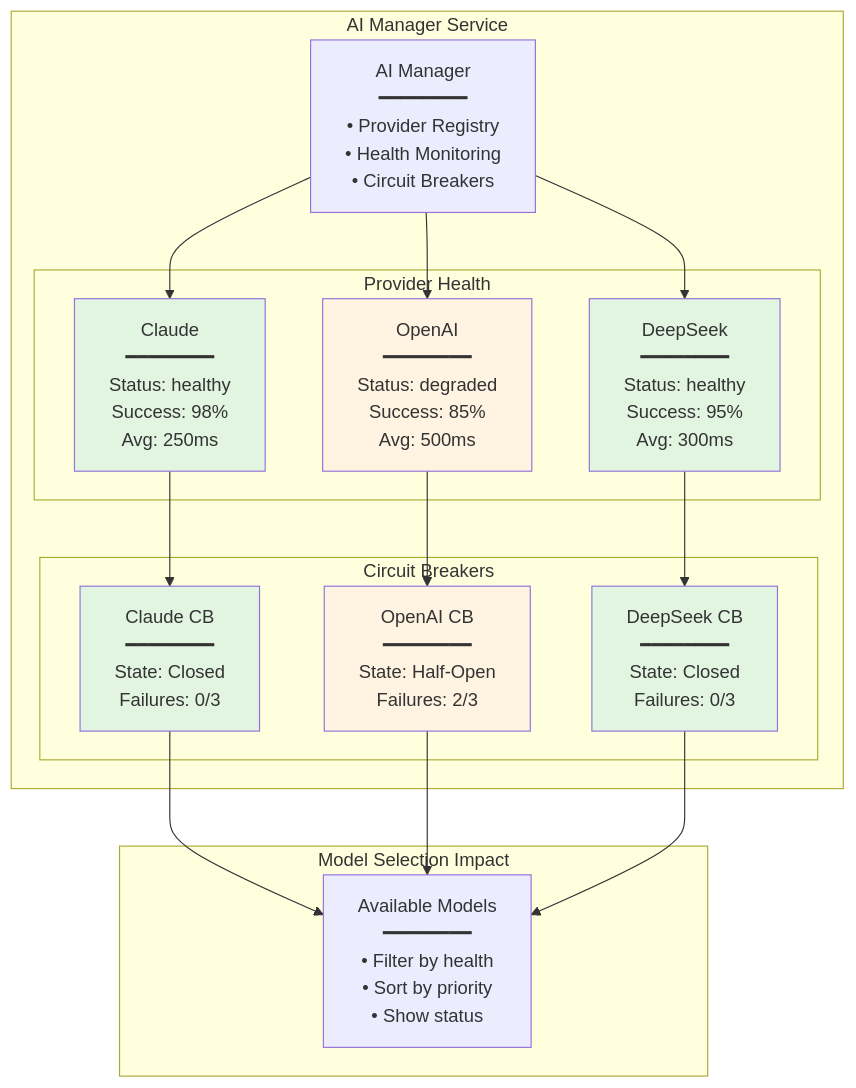
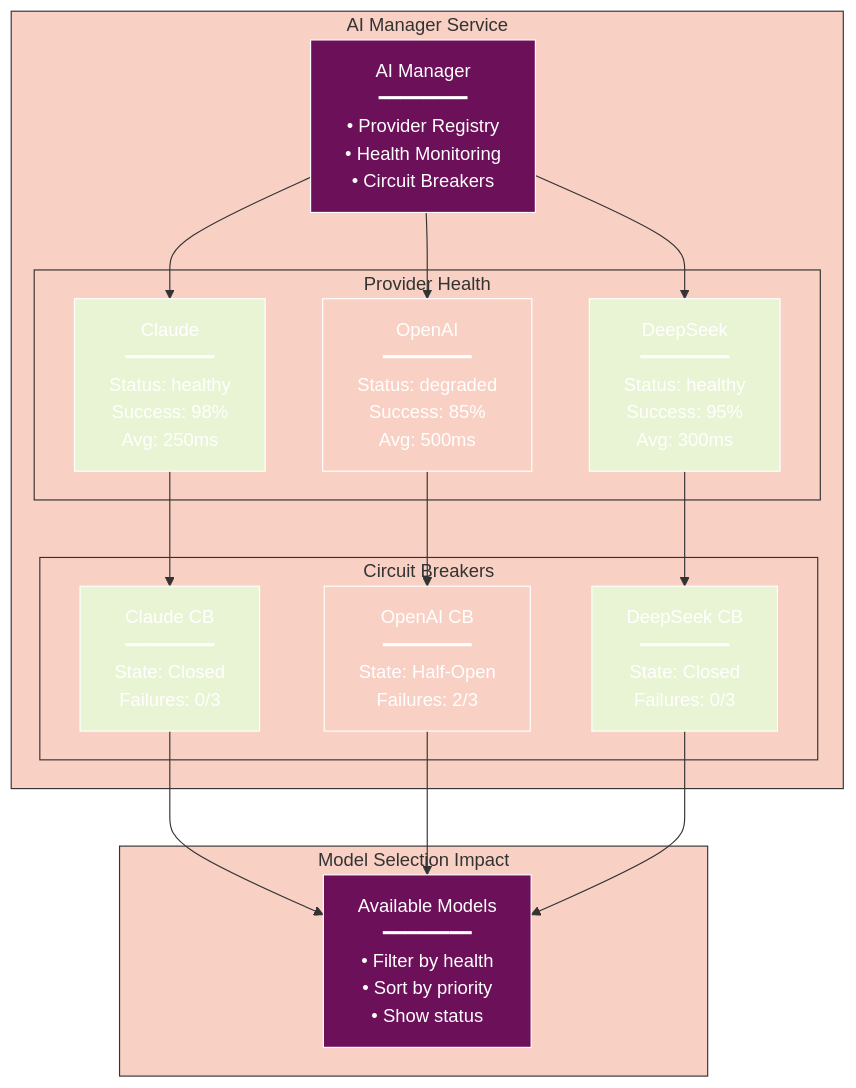
The sixth of 10 diagrams in docs/components/AI_MODEL_SELECTOR.md (radicalkjax/Athena), drawn with Mermaid before and after one commit. The commit also changed other lines of this file and 27 other files, not shown here.

Commit message:
Introduction of expo package manager. Updated docs to reflect changes. Unified mermaid theme for docs.

````diff
--- a/docs/components/AI_MODEL_SELECTOR.md
+++ b/docs/components/AI_MODEL_SELECTOR.md
@@ -242,39 +347,60 @@
 ```mermaid
+%%{init: {
+  'theme': 'base',
+  'themeVariables': {
+    'primaryColor': '#6d105a',
+    'primaryTextColor': '#ffffff',
+    'primaryBorderColor': '#ffffff',
+    'lineColor': '#333333',
+    'secondaryColor': '#e8f4d4',
+    'secondaryTextColor': '#333333',
+    'secondaryBorderColor': '#333333',
+    'tertiaryColor': '#f9d0c4',
+    'tertiaryTextColor': '#333333',
+    'tertiaryBorderColor': '#333333',
+    'background': '#ffffff',
+    'mainBkg': '#6d105a',
+    'secondBkg': '#e8f4d4',
+    'tertiaryBkg': '#f9d0c4',
+    'textColor': '#333333',
+    'fontFamily': 'Arial, sans-serif'
+  }
+}}%%
 graph TB
     subgraph "AI Manager Service"
         A[AI Manager<br/>━━━━━━━━<br/>• Provider Registry<br/>• Health Monitoring<br/>• Circuit Breakers]
         
         subgraph "Provider Health"
             B[Claude<br/>━━━━━━━━<br/>Status: healthy<br/>Success: 98%<br/>Avg: 250ms]
             C[OpenAI<br/>━━━━━━━━<br/>Status: degraded<br/>Success: 85%<br/>Avg: 500ms]
             D[DeepSeek<br/>━━━━━━━━<br/>Status: healthy<br/>Success: 95%<br/>Avg: 300ms]
         end
         
         subgraph "Circuit Breakers"
             E[Claude CB<br/>━━━━━━━━<br/>State: Closed<br/>Failures: 0/3]
             F[OpenAI CB<br/>━━━━━━━━<br/>State: Half-Open<br/>Failures: 2/3]
             G[DeepSeek CB<br/>━━━━━━━━<br/>State: Closed<br/>Failures: 0/3]
         end
     end
     
     subgraph "Model Selection Impact"
         H[Available Models<br/>━━━━━━━━<br/>• Filter by health<br/>• Sort by priority<br/>• Show status]
     end
     
     A --> B
     A --> C
     A --> D
     B --> E
     C --> F
     D --> G
     E --> H
     F --> H
     G --> H
     
-    style B fill:#e1f5e1
-    style C fill:#fff4e1
-    style D fill:#e1f5e1
-    style E fill:#e1f5e1
-    style F fill:#fff4e1
-    style G fill:#e1f5e1
+    style B fill:#e8f4d4
+    style C fill:#f9d0c4
+    style D fill:#e8f4d4
+    style E fill:#e8f4d4
+    style F fill:#f9d0c4
+    style G fill:#e8f4d4
 ```
````
